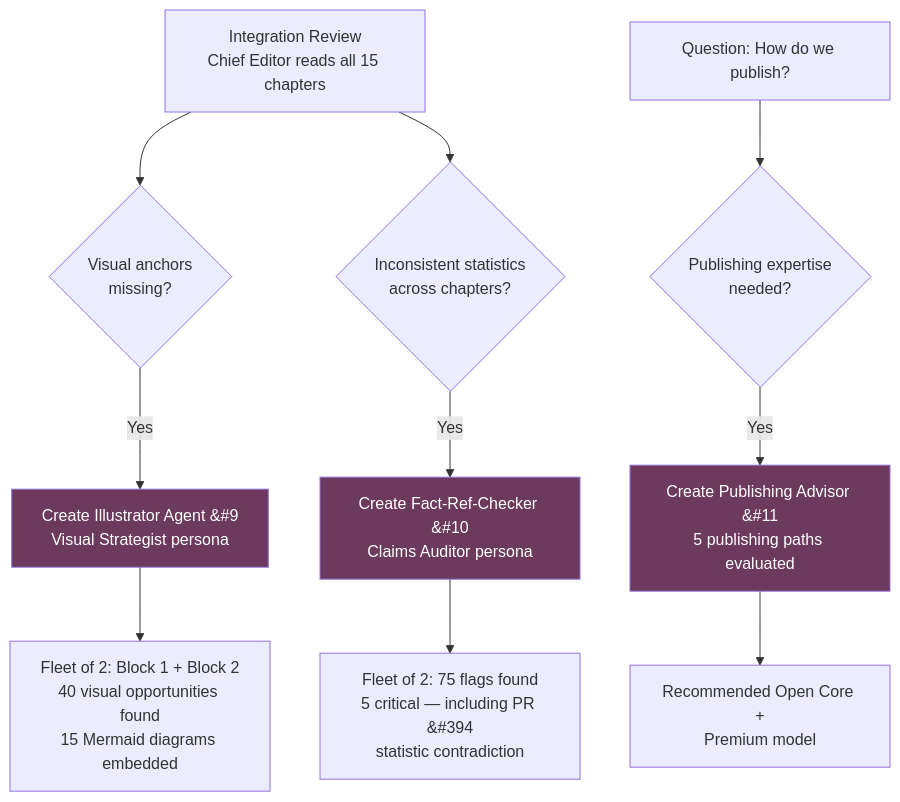
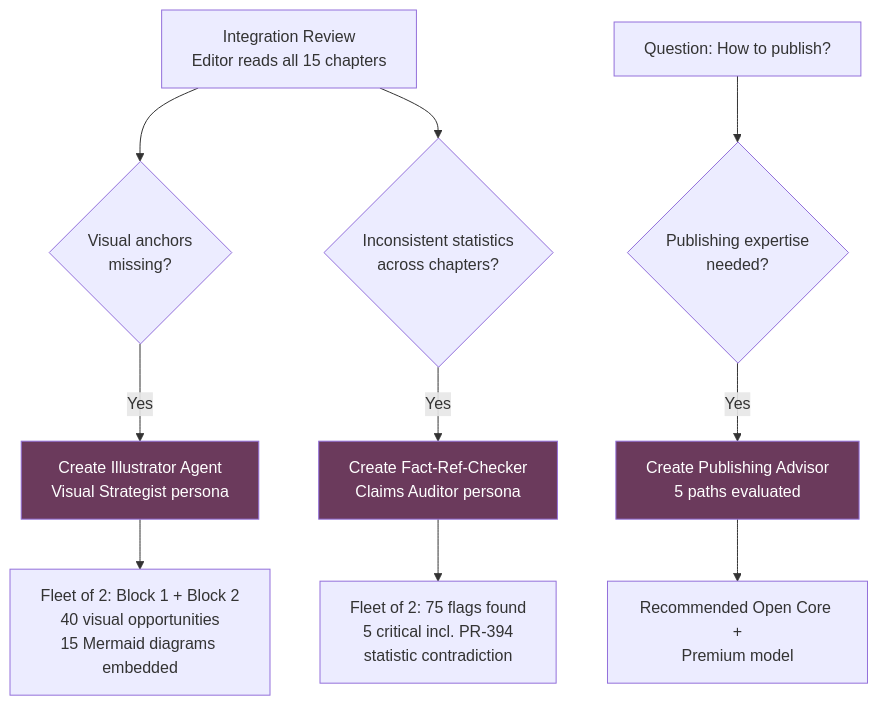
The fourth of 4 diagrams in case-study-handbook-writing.qmd (danielmeppiel/agentic-sdlc-handbook), drawn with Mermaid before and after one commit. The commit also changed other lines of this file and 16 other files, not shown here.

First line of the commit message:
fix: aggressive fig-width capping — RCA-driven mermaid rendering overhaul

````diff
--- a/case-study-handbook-writing.qmd
+++ b/case-study-handbook-writing.qmd
@@ -167,19 +167,19 @@
 ```{mermaid}
-%%| fig-width: 5.5
+%%| fig-width: 4.5
 flowchart TD
-    A[Integration Review<br/>Chief Editor reads all 15 chapters] --> B{Visual anchors<br/>missing?}
-    B -->|Yes| C[Create Illustrator Agent &#35;9<br/>Visual Strategist persona]
-    C --> D[Fleet of 2: Block 1 + Block 2<br/>40 visual opportunities found<br/>15 Mermaid diagrams embedded]
+    A[Integration Review<br/>Editor reads all 15 chapters] --> B{Visual anchors<br/>missing?}
+    B -->|Yes| C[Create Illustrator Agent<br/>Visual Strategist persona]
+    C --> D[Fleet of 2: Block 1 + Block 2<br/>40 visual opportunities<br/>15 Mermaid diagrams embedded]
 
     A --> E{Inconsistent statistics<br/>across chapters?}
-    E -->|Yes| F[Create Fact-Ref-Checker &#35;10<br/>Claims Auditor persona]
-    F --> G[Fleet of 2: 75 flags found<br/>5 critical — including PR &#35;394<br/>statistic contradiction]
+    E -->|Yes| F[Create Fact-Ref-Checker<br/>Claims Auditor persona]
+    F --> G[Fleet of 2: 75 flags found<br/>5 critical incl. PR-394<br/>statistic contradiction]
 
-    H[Question: How do we publish?] --> I{Publishing expertise<br/>needed?}
-    I -->|Yes| J[Create Publishing Advisor &#35;11<br/>5 publishing paths evaluated]
+    H[Question: How to publish?] --> I{Publishing expertise<br/>needed?}
+    I -->|Yes| J[Create Publishing Advisor<br/>5 paths evaluated]
     J --> K[Recommended Open Core +<br/>Premium model]
 
     style C fill:#6b3a5c,color:#fff
     style F fill:#6b3a5c,color:#fff
     style J fill:#6b3a5c,color:#fff
 ```
````
